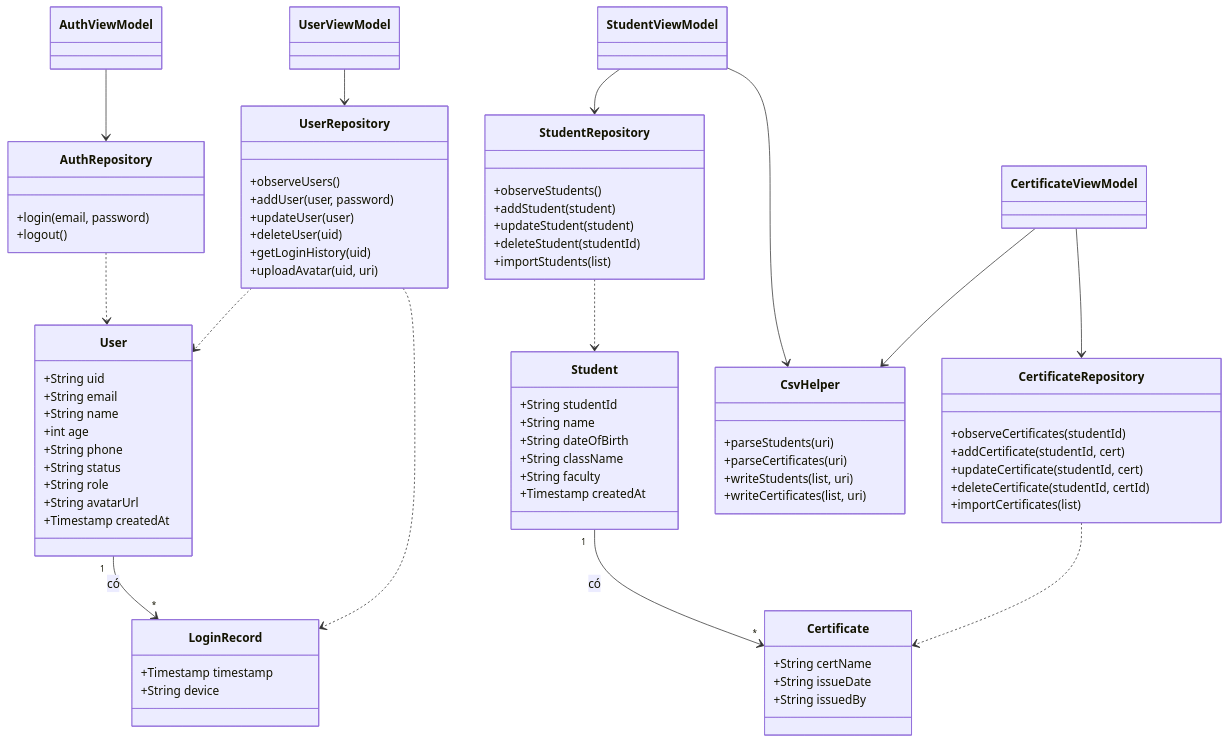
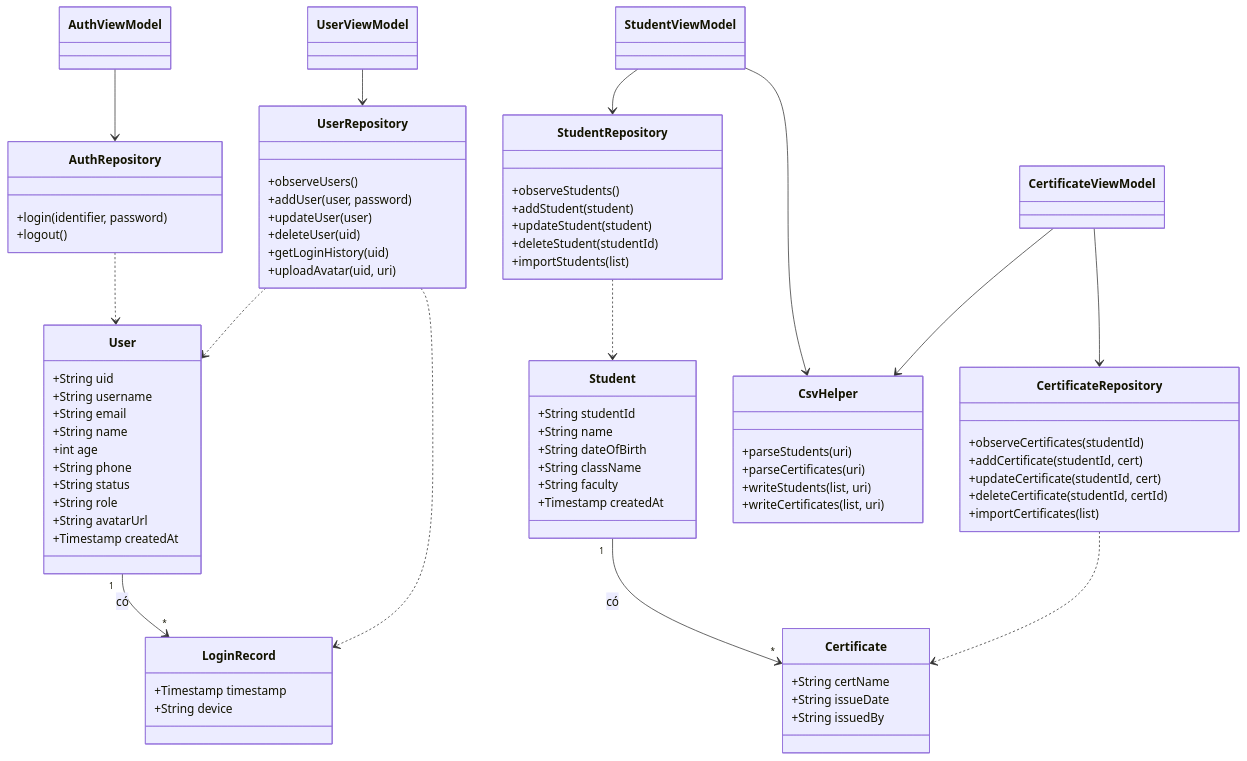
One commit to chimpk/student-management-midterm changed the second of 8 diagrams in docs/uml.md. Above: the diagram before and after it, drawn with Mermaid. The commit also changed other lines of this file and 24 other files, not shown here.

Commit message:
docs: add design specifications, uml diagrams, and srs documentation

```diff
--- a/docs/uml.md
+++ b/docs/uml.md
@@ -54,6 +56,7 @@
 classDiagram
     class User {
         +String uid
+        +String username
         +String email
         +String name
         +int age
@@ -82,7 +85,7 @@
     }
 
     class AuthRepository {
-        +login(email, password)
+        +login(identifier, password)
         +logout()
     }
     class UserRepository {
```
